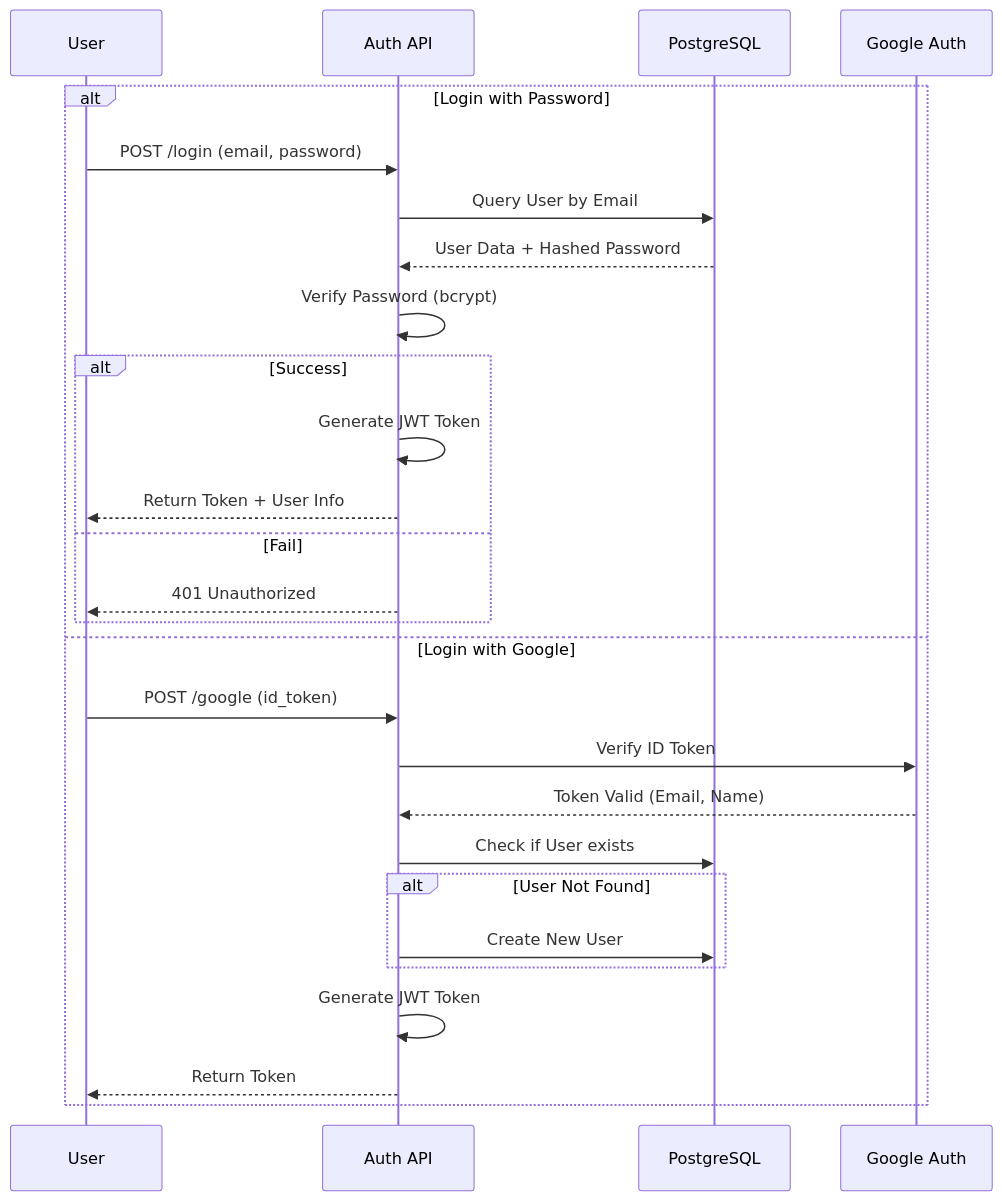
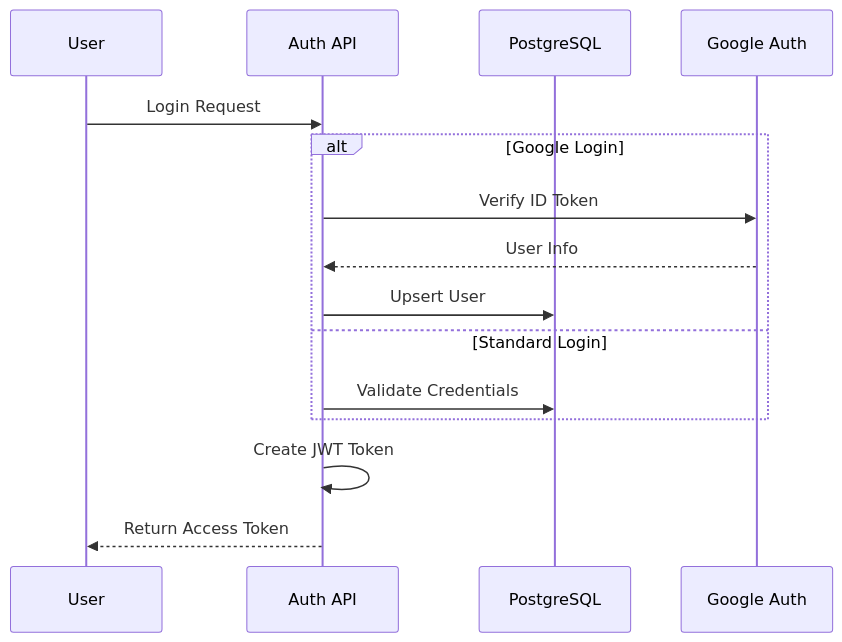
The second of 4 diagrams in docs/3.3_THIET_KE_LUONG_XU_LY.md (NguyenNhat4/medical-multiagent-API), drawn with Mermaid before and after one commit. The commit also changed other lines of this file, not shown here.

First line of the commit message:
docs: update 3.3 Activity Diagram to match latest MedFlow code

````diff
--- a/docs/3.3_THIET_KE_LUONG_XU_LY.md
+++ b/docs/3.3_THIET_KE_LUONG_XU_LY.md
@@ -72,30 +72,18 @@
 ```mermaid
 sequenceDiagram
     participant User
     participant API as Auth API
     participant DB as PostgreSQL
     participant Google as Google Auth
 
-    alt Login with Password
-        User->>API: POST /login (email, password)
-        API->>DB: Query User by Email
-        DB-->>API: User Data + Hashed Password
-        API->>API: Verify Password (bcrypt)
-        alt Success
-            API->>API: Generate JWT Token
-            API-->>User: Return Token + User Info
-        else Fail
-            API-->>User: 401 Unauthorized
-        end
-    else Login with Google
-        User->>API: POST /google (id_token)
+    User->>API: Login Request
+    alt Google Login
         API->>Google: Verify ID Token
-        Google-->>API: Token Valid (Email, Name)
-        API->>DB: Check if User exists
-        alt User Not Found
-            API->>DB: Create New User
-        end
-        API->>API: Generate JWT Token
-        API-->>User: Return Token
+        Google-->>API: User Info
+        API->>DB: Upsert User
+    else Standard Login
+        API->>DB: Validate Credentials
     end
+    API->>API: Create JWT Token
+    API-->>User: Return Access Token
 ```
````
